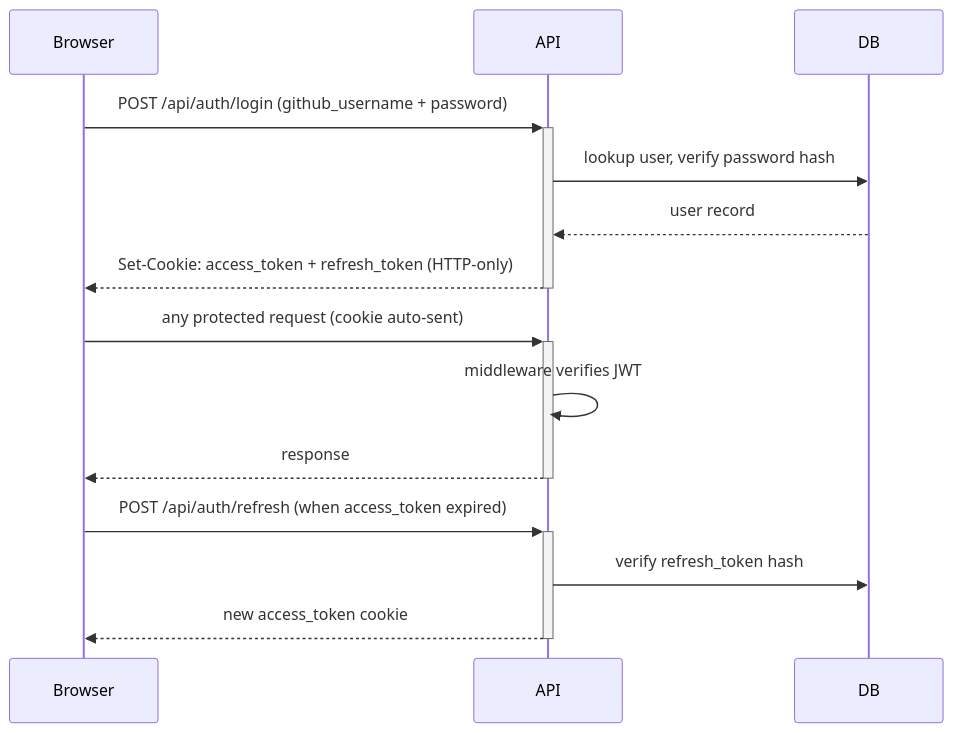
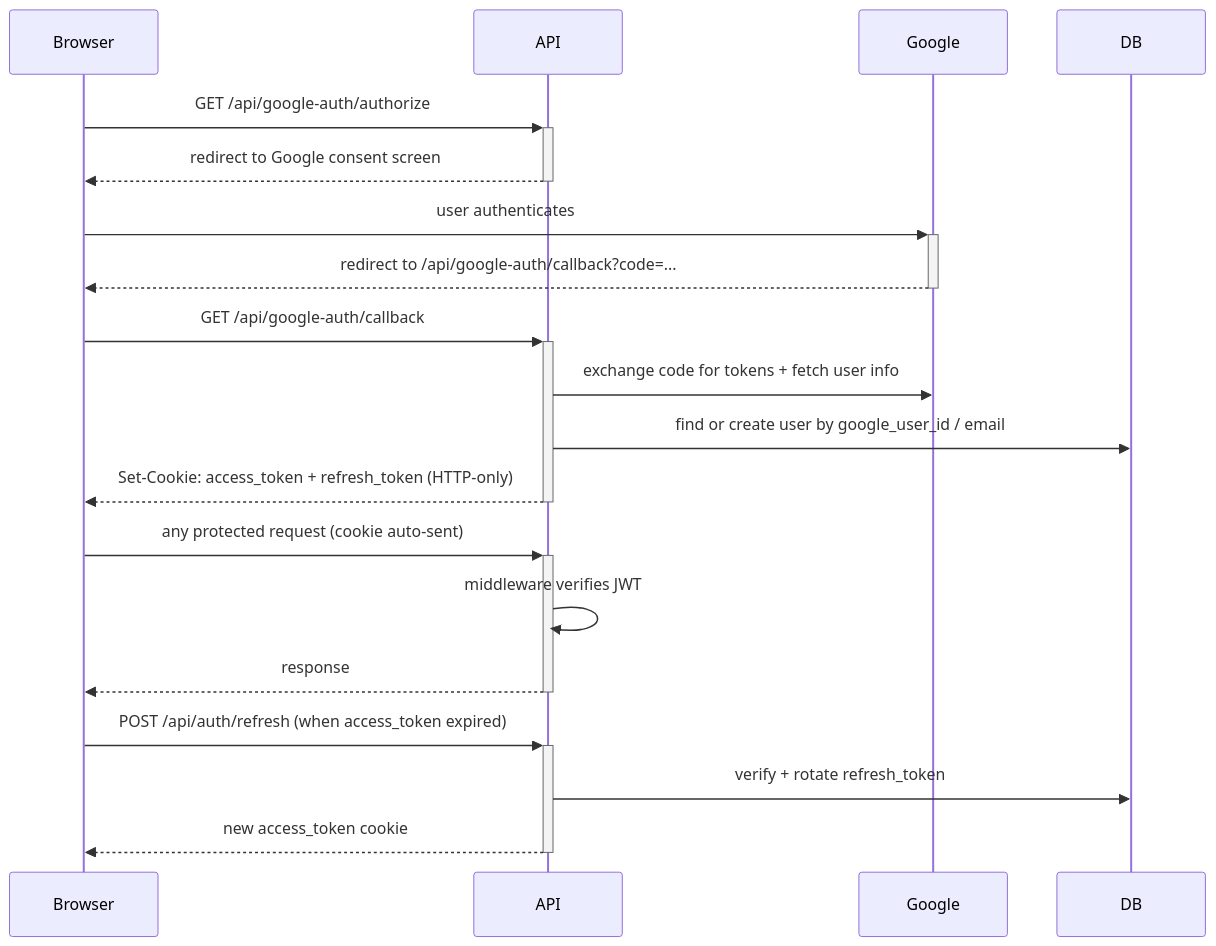
The third of 4 diagrams in docs/architecture.md (MyTwin-Lab/leaderboard), drawn with Mermaid before and after one commit. The commit also changed other lines of this file and 13 other files, not shown here.

````diff
--- a/docs/architecture.md
+++ b/docs/architecture.md
@@ -63,13 +70,17 @@
 ```mermaid
 sequenceDiagram
-  Browser->>+API: POST /api/auth/login (github_username + password)
-  API->>DB: lookup user, verify password hash
-  DB-->>API: user record
+  Browser->>+API: GET /api/google-auth/authorize
+  API-->>-Browser: redirect to Google consent screen
+  Browser->>+Google: user authenticates
+  Google-->>-Browser: redirect to /api/google-auth/callback?code=...
+  Browser->>+API: GET /api/google-auth/callback
+  API->>Google: exchange code for tokens + fetch user info
+  API->>DB: find or create user by google_user_id / email
   API-->>-Browser: Set-Cookie: access_token + refresh_token (HTTP-only)
   Browser->>+API: any protected request (cookie auto-sent)
   API->>API: middleware verifies JWT
   API-->>-Browser: response
   Browser->>+API: POST /api/auth/refresh (when access_token expired)
-  API->>DB: verify refresh_token hash
+  API->>DB: verify + rotate refresh_token
   API-->>-Browser: new access_token cookie
 ```
````
